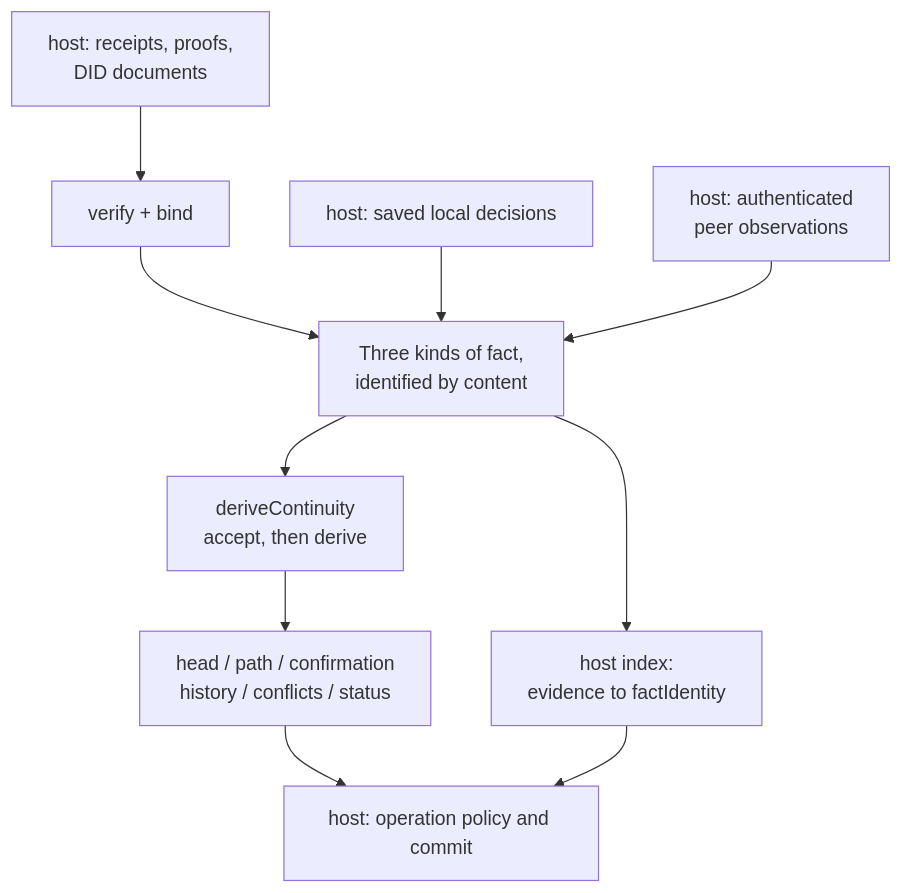
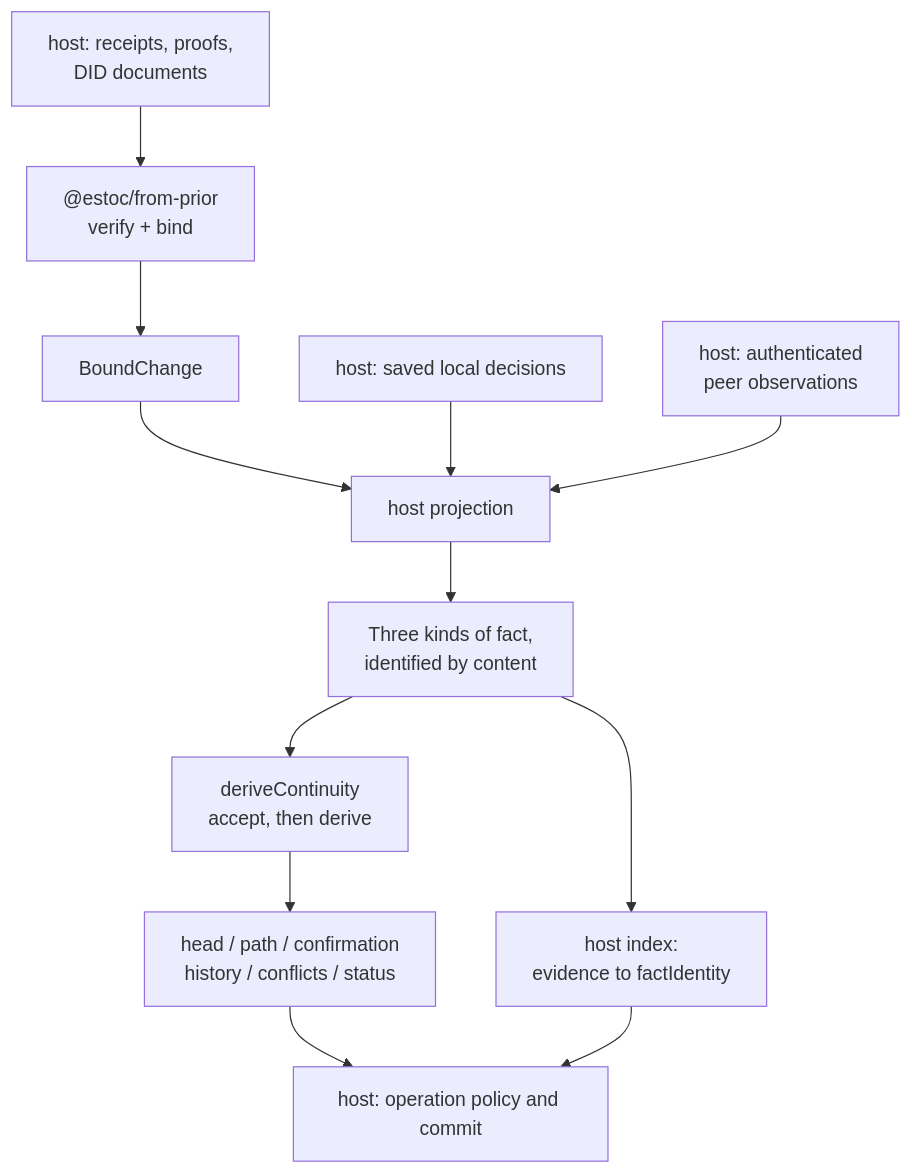
One commit to estoc-dev/estoc changed the first of 15 diagrams in packages/continuity/docs/guide.md. Above: the diagram before and after it, drawn with Mermaid. The commit also changed other lines of this file and 22 other files, not shown here.

Commit message:
Split from_prior into @estoc/from-prior; bind reports a BoundChange (#190)

````diff
--- a/packages/continuity/docs/guide.md
+++ b/packages/continuity/docs/guide.md
@@ -32,12 +31,14 @@
 ```mermaid
 flowchart TB
-    R["host: receipts, proofs,<br/>DID documents"] --> V["verify + bind"]
-    V --> F["Three kinds of fact,<br/>identified by content"]
-    D["host: saved local decisions"] --> F
-    O["host: authenticated<br/>peer observations"] --> F
+    R["host: receipts, proofs,<br/>DID documents"] --> V["@estoc/from-prior<br/>verify + bind"]
+    V --> B["BoundChange"]
+    B --> P["host projection"]
+    D["host: saved local decisions"] --> P
+    O["host: authenticated<br/>peer observations"] --> P
+    P --> F["Three kinds of fact,<br/>identified by content"]
     F --> X["host index:<br/>evidence to factIdentity"]
     F --> M["deriveContinuity<br/>accept, then derive"]
     M --> Q["head / path / confirmation<br/>history / conflicts / status"]
     Q --> H["host: operation policy and commit"]
     X --> H
 ```
````
